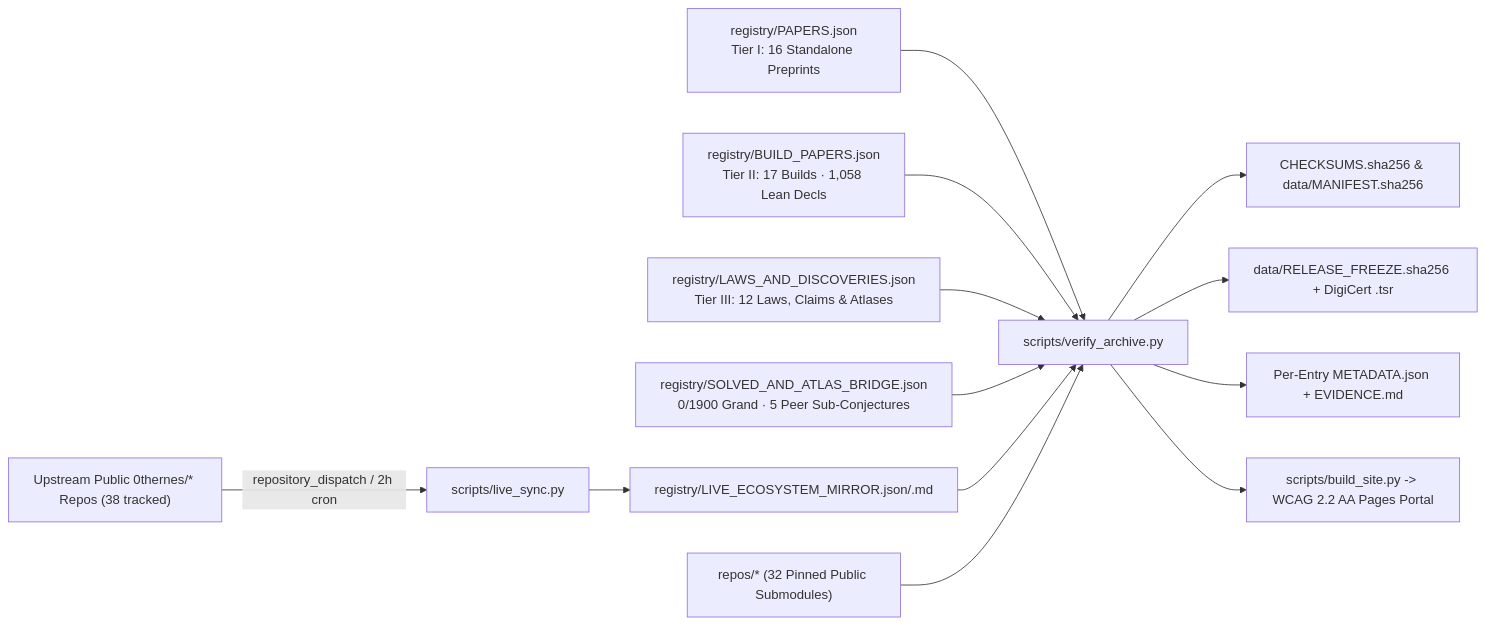
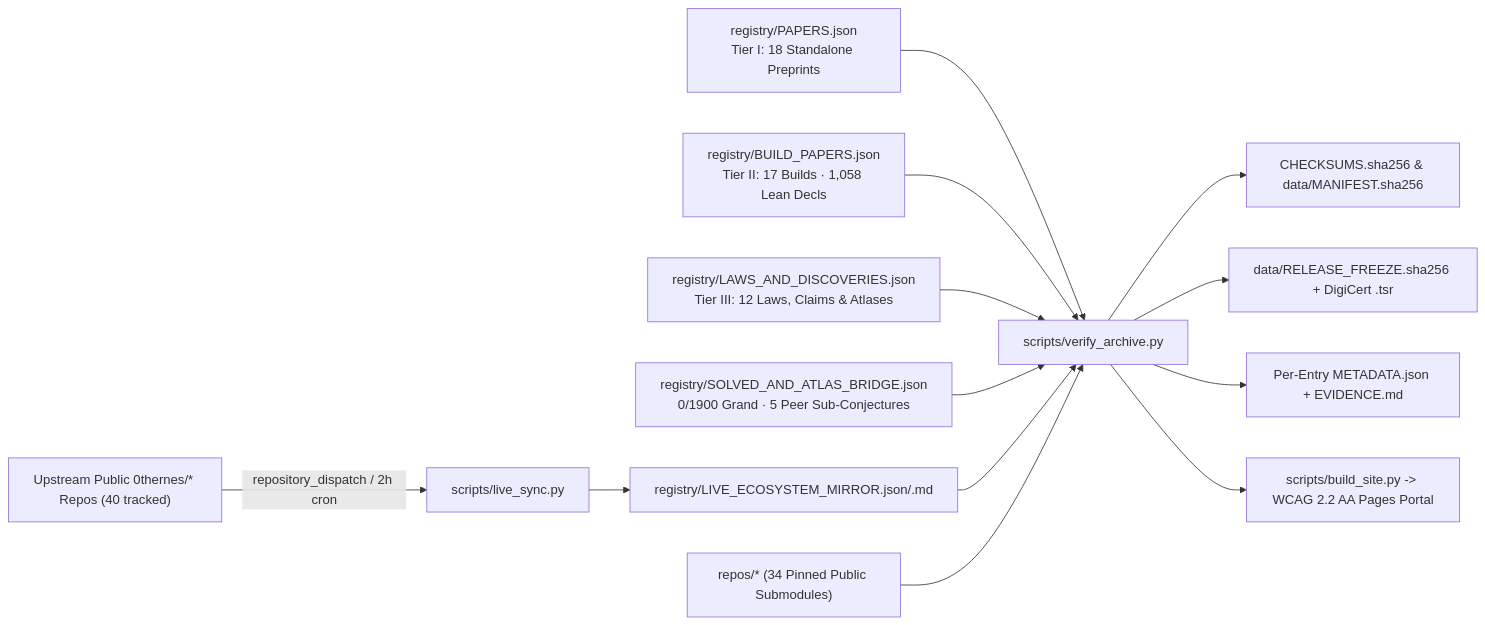
The diagram in docs/architecture.md (0thernes/0thernes-research-archive), drawn with Mermaid before and after one commit. The commit also changed other lines of this file and 3 other files, not shown here.

Commit message:
Harden live mirror and refresh archive counts

````diff
--- a/docs/architecture.md
+++ b/docs/architecture.md
@@ -5,15 +5,15 @@
 ```mermaid
 flowchart LR
-    UP["Upstream Public 0thernes/* Repos (38 tracked)"] -->|repository_dispatch / 2h cron| LS["scripts/live_sync.py"]
-    R1["registry/PAPERS.json<br/>Tier I: 16 Standalone Preprints"] --> V["scripts/verify_archive.py"]
+    UP["Upstream Public 0thernes/* Repos (40 tracked)"] -->|repository_dispatch / 2h cron| LS["scripts/live_sync.py"]
+    R1["registry/PAPERS.json<br/>Tier I: 18 Standalone Preprints"] --> V["scripts/verify_archive.py"]
     R2["registry/BUILD_PAPERS.json<br/>Tier II: 17 Builds · 1,058 Lean Decls"] --> V
     R3["registry/LAWS_AND_DISCOVERIES.json<br/>Tier III: 12 Laws, Claims & Atlases"] --> V
     BR["registry/SOLVED_AND_ATLAS_BRIDGE.json<br/>0/1900 Grand · 5 Peer Sub-Conjectures"] --> V
     LS --> LM["registry/LIVE_ECOSYSTEM_MIRROR.json/.md"]
     LM --> V
-    S["repos/* (32 Pinned Public Submodules)"] --> V
+    S["repos/* (34 Pinned Public Submodules)"] --> V
     V --> C["CHECKSUMS.sha256 & data/MANIFEST.sha256"]
     V --> FZ["data/RELEASE_FREEZE.sha256 + DigiCert .tsr"]
     V --> D["Per-Entry METADATA.json + EVIDENCE.md"]
     V --> P["scripts/build_site.py -> WCAG 2.2 AA Pages Portal"]
 ```
````
